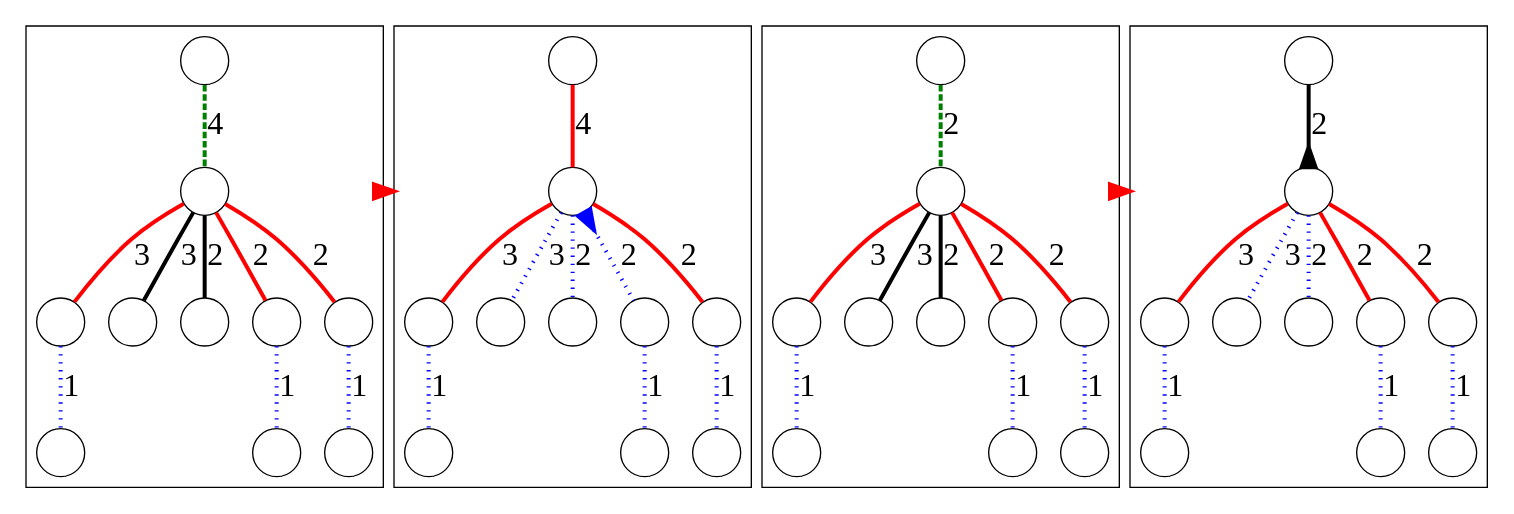
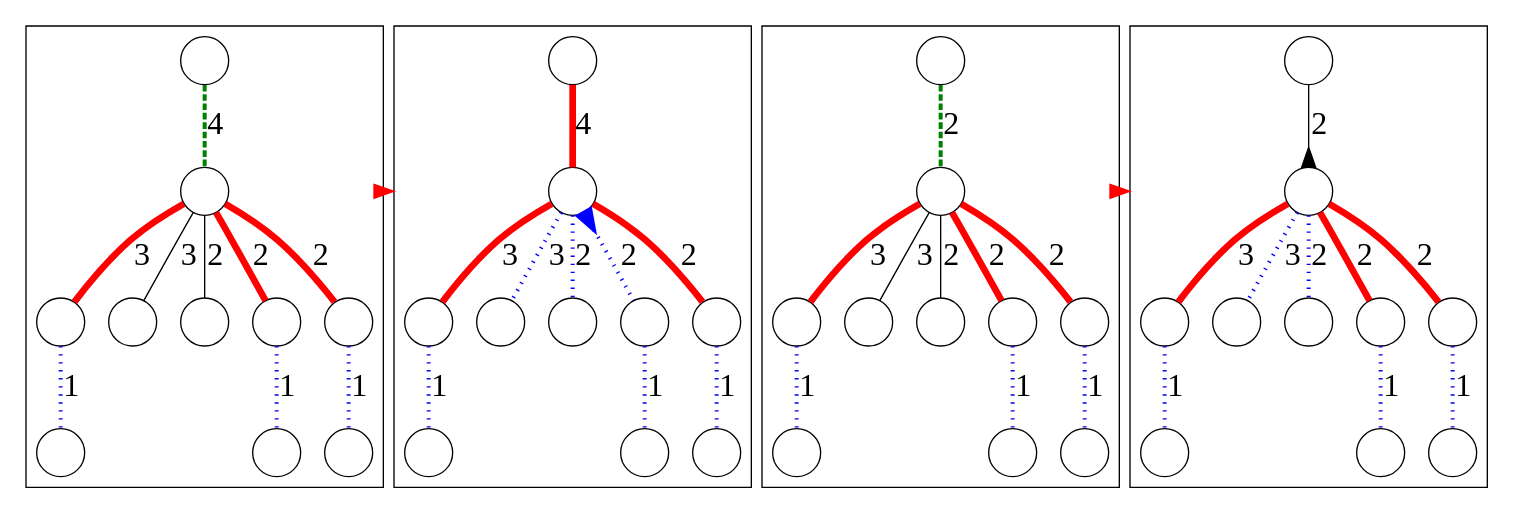
Before and after one commit to sgolodetz/waterfallpaper: the diagram in graphs/cases.gv, drawn with Graphviz. The commit also changed 3 other files, not shown here.

Commit message:
Make the red edges in Figure 9 bolder.

```diff
--- a/graphs/cases.gv
+++ b/graphs/cases.gv
@@ -1,62 +1,62 @@
 digraph
 {
 	compound = true;
 	node [shape=circle, label=""];
-	edge [dir=both, arrowtail=none, arrowhead=none, penwidth=3, arrowsize=1.5, fontsize=24];
+	edge [dir=both, arrowtail=none, arrowhead=none, arrowsize=1.5, fontsize=24];
 
 	subgraph cluster1before
 	{
-		n1g -> n1p [label=4, color=green, penwidth=3, style=dashed];
-		n1p -> n1c0 [label=3, color=red];
+		n1g -> n1p [label=4, color=green, style=dashed, penwidth=3];
+		n1p -> n1c0 [label=3, color=red, penwidth=5];
 		n1p -> n1c1 [label=3];
 		n1p -> n1c2 [label=2];
-		n1p -> n1c3 [label=2, color=red];
-		n1p -> n1c4 [label=2, color=red];
-		n1c0 -> n1d0 [label=1, color=blue, style=dotted];
-		n1c3 -> n1d3 [label=1, color=blue, style=dotted];
-		n1c4 -> n1d4 [label=1, color=blue, style=dotted];
+		n1p -> n1c3 [label=2, color=red, penwidth=5];
+		n1p -> n1c4 [label=2, color=red, penwidth=5];
+		n1c0 -> n1d0 [label=1, color=blue, style=dotted, penwidth=3];
+		n1c3 -> n1d3 [label=1, color=blue, style=dotted, penwidth=3];
+		n1c4 -> n1d4 [label=1, color=blue, style=dotted, penwidth=3];
 	}
 
 	subgraph cluster1after
 	{
-		n1g_ -> n1p_ [label=4, color=red, penwidth=3];
-		n1p_ -> n1c0_ [label=3, color=red];
-		n1p_ -> n1c1_ [label=3, color=blue, style=dotted];
-		n1p_ -> n1c2_ [label=2, color=blue, style=dotted];
-		n1p_ -> n1c3_ [label=2, color=blue, arrowtail=inv, style=dotted];
-		n1p_ -> n1c4_ [label=2, color=red];
-		n1c0_ -> n1d0_ [label=1, color=blue, style=dotted];
-		n1c3_ -> n1d3_ [label=1, color=blue, style=dotted];
-		n1c4_ -> n1d4_ [label=1, color=blue, style=dotted];
+		n1g_ -> n1p_ [label=4, color=red, penwidth=5];
+		n1p_ -> n1c0_ [label=3, color=red, penwidth=5];
+		n1p_ -> n1c1_ [label=3, color=blue, style=dotted, penwidth=3];
+		n1p_ -> n1c2_ [label=2, color=blue, style=dotted, penwidth=3];
+		n1p_ -> n1c3_ [label=2, color=blue, arrowtail=inv, style=dotted, penwidth=3];
+		n1p_ -> n1c4_ [label=2, color=red, penwidth=5];
+		n1c0_ -> n1d0_ [label=1, color=blue, style=dotted, penwidth=3];
+		n1c3_ -> n1d3_ [label=1, color=blue, style=dotted, penwidth=3];
+		n1c4_ -> n1d4_ [label=1, color=blue, style=dotted, penwidth=3];
 	}
 
 	n1p -> n1p_ [arrowhead=normal, color=red, ltail=cluster1before, lhead=cluster1after, constraint=false];
 
 	subgraph cluster2before
 	{
 		n2g -> n2p [label=2, color=green, penwidth=3, style=dashed];
-		n2p -> n2c0 [label=3, color=red];
+		n2p -> n2c0 [label=3, color=red, penwidth=5];
 		n2p -> n2c1 [label=3];
 		n2p -> n2c2 [label=2];
-		n2p -> n2c3 [label=2, color=red];
-		n2p -> n2c4 [label=2, color=red];
-		n2c0 -> n2d0 [label=1, color=blue, style=dotted];
-		n2c3 -> n2d3 [label=1, color=blue, style=dotted];
-		n2c4 -> n2d4 [label=1, color=blue, style=dotted];
+		n2p -> n2c3 [label=2, color=red, penwidth=5];
+		n2p -> n2c4 [label=2, color=red, penwidth=5];
+		n2c0 -> n2d0 [label=1, color=blue, style=dotted, penwidth=3];
+		n2c3 -> n2d3 [label=1, color=blue, style=dotted, penwidth=3];
+		n2c4 -> n2d4 [label=1, color=blue, style=dotted, penwidth=3];
 	}
 
 	subgraph cluster2after
 	{
-		n2g_ -> n2p_ [label=2, penwidth=3, arrowhead=inv];
-		n2p_ -> n2c0_ [label=3, color=red];
-		n2p_ -> n2c1_ [label=3, color=blue, style=dotted];
-		n2p_ -> n2c2_ [label=2, color=blue, style=dotted];
-		n2p_ -> n2c3_ [label=2, color=red];
-		n2p_ -> n2c4_ [label=2, color=red];
-		n2c0_ -> n2d0_ [label=1, color=blue, style=dotted];
-		n2c3_ -> n2d3_ [label=1, color=blue, style=dotted];
-		n2c4_ -> n2d4_ [label=1, color=blue, style=dotted];
+		n2g_ -> n2p_ [label=2, arrowhead=inv];
+		n2p_ -> n2c0_ [label=3, color=red, penwidth=5];
+		n2p_ -> n2c1_ [label=3, color=blue, style=dotted, penwidth=3];
+		n2p_ -> n2c2_ [label=2, color=blue, style=dotted, penwidth=3];
+		n2p_ -> n2c3_ [label=2, color=red, penwidth=5];
+		n2p_ -> n2c4_ [label=2, color=red, penwidth=5];
+		n2c0_ -> n2d0_ [label=1, color=blue, style=dotted, penwidth=3];
+		n2c3_ -> n2d3_ [label=1, color=blue, style=dotted, penwidth=3];
+		n2c4_ -> n2d4_ [label=1, color=blue, style=dotted, penwidth=3];
 	}
 
 	n2p -> n2p_ [arrowhead=normal, color=red, ltail=cluster2before, lhead=cluster2after, constraint=false];
 }
```
